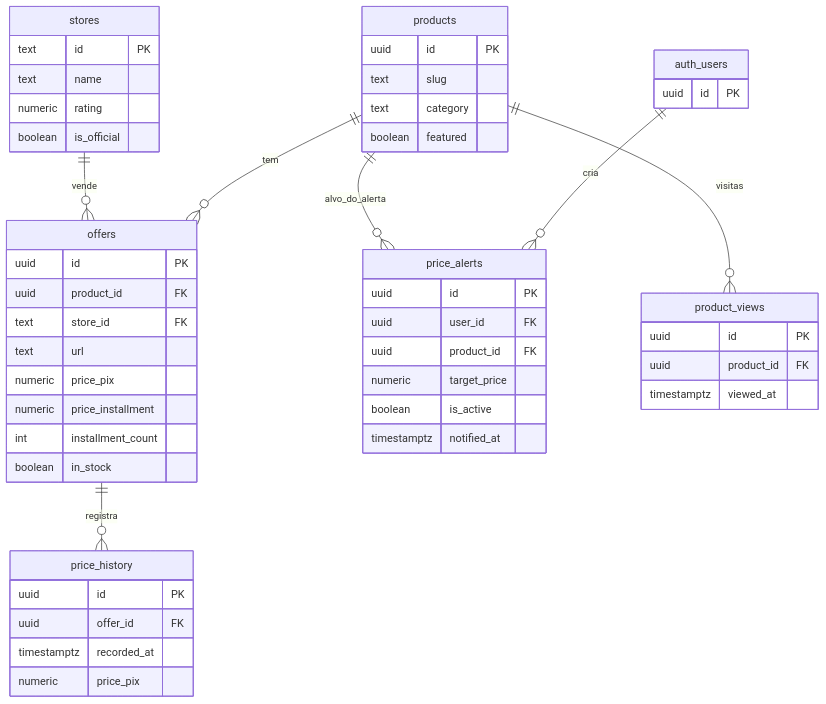
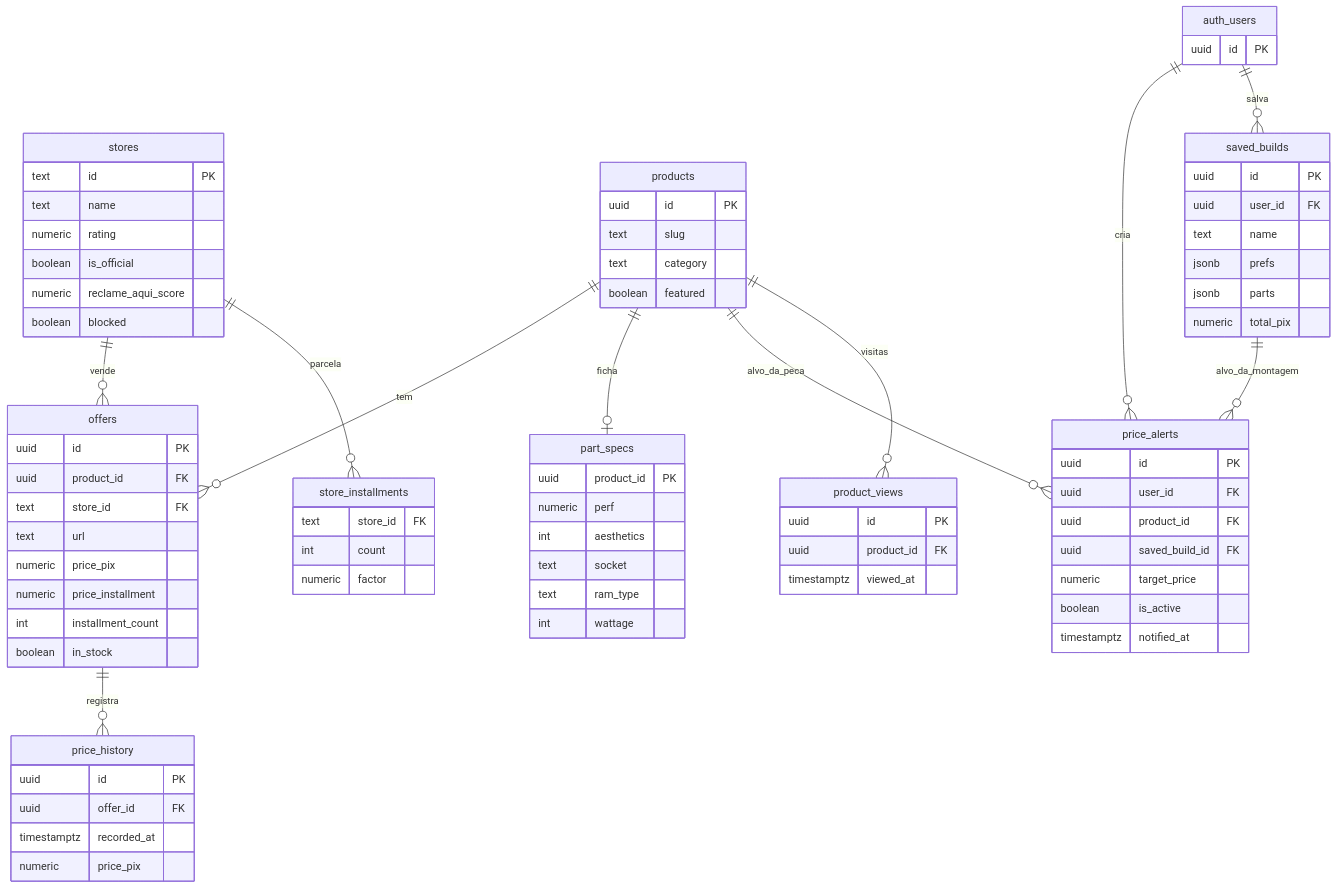
One commit to FEJAPA/Garimpo-PC changed the third of 3 diagrams in docs/diagramas/fluxo-dados.md. Above: the diagram before and after it, drawn with Mermaid. The commit also changed other lines of this file and 5 other files, not shown here.

````diff
--- a/docs/diagramas/fluxo-dados.md
+++ b/docs/diagramas/fluxo-dados.md
@@ -153,54 +167,82 @@
 ```mermaid
 erDiagram
     stores ||--o{ offers : vende
+    stores ||--o{ store_installments : parcela
     products ||--o{ offers : tem
+    products ||--o| part_specs : ficha
     offers ||--o{ price_history : registra
-    products ||--o{ price_alerts : alvo_do_alerta
+    products ||--o{ price_alerts : alvo_da_peca
+    saved_builds ||--o{ price_alerts : alvo_da_montagem
     auth_users ||--o{ price_alerts : cria
+    auth_users ||--o{ saved_builds : salva
     products ||--o{ product_views : visitas
 
     stores {
         text id PK
         text name
         numeric rating
         boolean is_official
+        numeric reclame_aqui_score
+        boolean blocked
     }
     products {
         uuid id PK
         text slug
         text category
         boolean featured
     }
     offers {
         uuid id PK
         uuid product_id FK
         text store_id FK
         text url
         numeric price_pix
         numeric price_installment
         int installment_count
         boolean in_stock
     }
     price_history {
         uuid id PK
         uuid offer_id FK
         timestamptz recorded_at
         numeric price_pix
     }
+    part_specs {
+        uuid product_id PK
+        numeric perf
+        int aesthetics
+        text socket
+        text ram_type
+        int wattage
+    }
+    store_installments {
+        text store_id FK
+        int count
+        numeric factor
+    }
+    saved_builds {
+        uuid id PK
+        uuid user_id FK
+        text name
+        jsonb prefs
+        jsonb parts
+        numeric total_pix
+    }
     price_alerts {
         uuid id PK
         uuid user_id FK
         uuid product_id FK
+        uuid saved_build_id FK
         numeric target_price
         boolean is_active
         timestamptz notified_at
     }
     product_views {
         uuid id PK
         uuid product_id FK
         timestamptz viewed_at
     }
     auth_users {
         uuid id PK
     }
 ```
````
